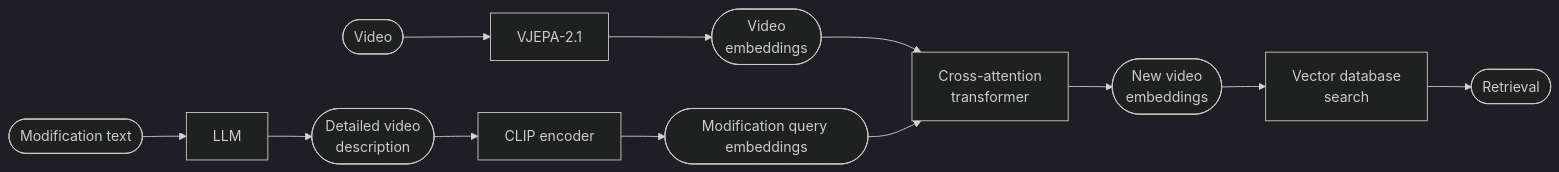
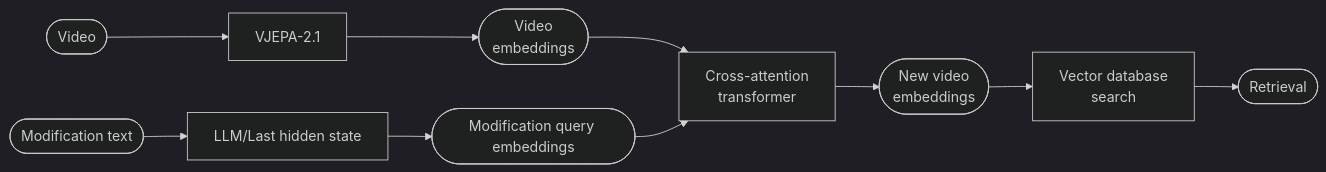
Before and after one commit to jacoboromerodiaz/video-retrieval-cvpr: the first of 2 diagrams in README.md, drawn with Mermaid (dark theme). The commit also changed other lines of this file, not shown here.

````diff
--- a/README.md
+++ b/README.md
@@ -19,15 +21,13 @@
 ```mermaid
 flowchart LR
     V([Video]) --> VJEPA["VJEPA-2.1"]
     VJEPA --> VE(["Video\nembeddings"])
     VE --> CA["Cross-attention\ntransformer"]
     CA --> NVE(["New video\nembeddings"])
     NVE --> DB["Vector database\nsearch"]
     DB --> R([Retrieval])
 
-    MT([Modification text]) --> LLM["LLM"]
-    LLM --> DD(["Detailed video\ndescription"])
-    DD --> CLIP["CLIP encoder"]
-    CLIP --> TE(["Modification query embeddings"])
+    MT([Modification text]) --> LLM["LLM/Last hidden state"]
+    LLM --> TE(["Modification query embeddings"])
     TE --> CA
 ```
````
